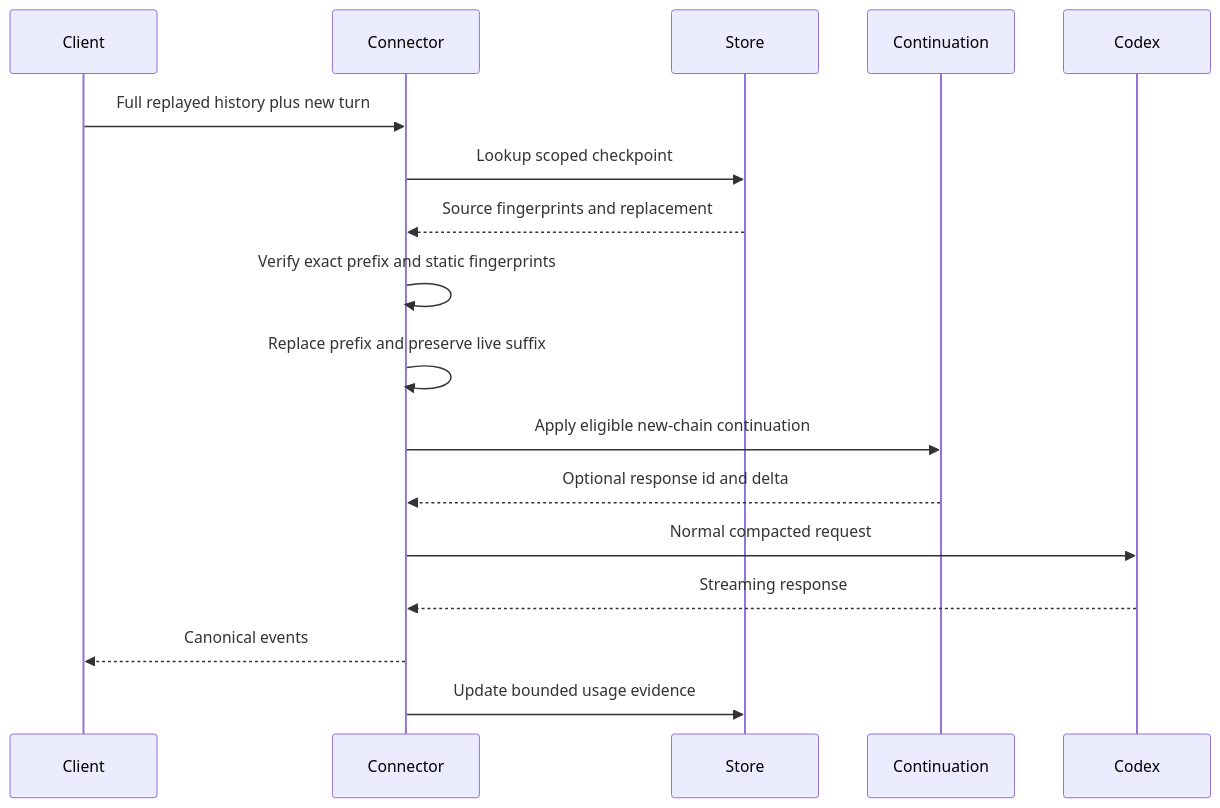
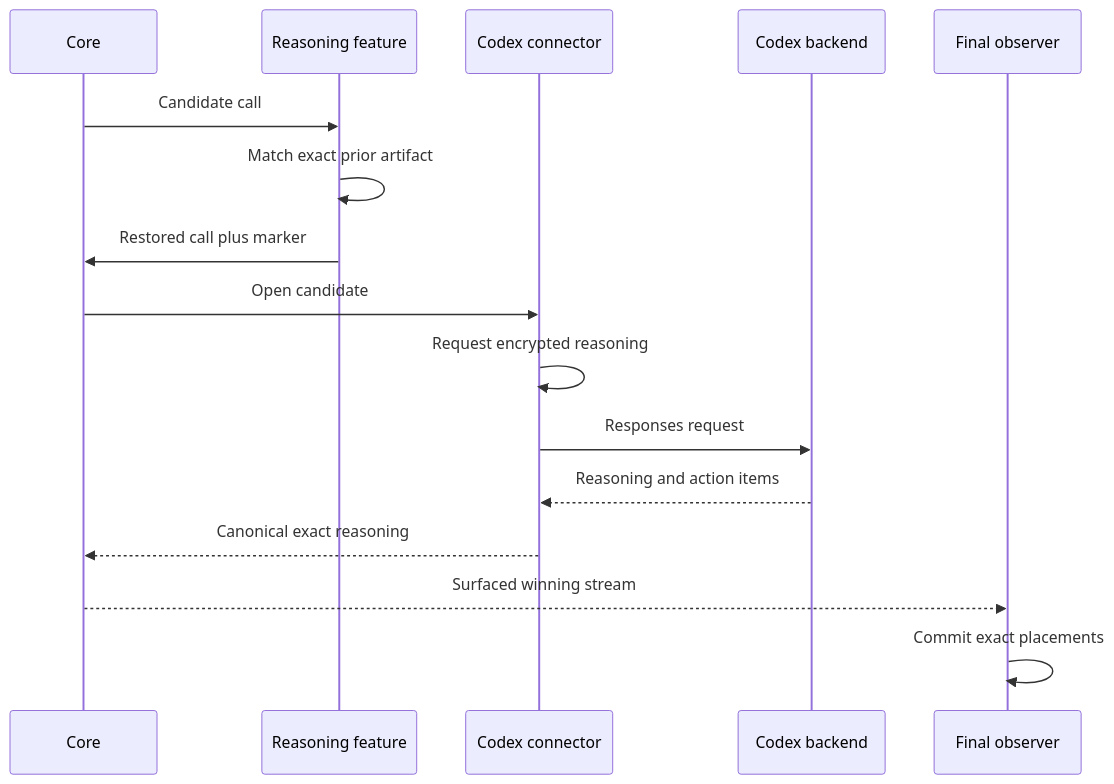
One commit to matdev83/go-llm-interactive-proxy changed the second of 5 diagrams in .kiro/specs/openai-codex-native-compaction/design.md. Above: the diagram before and after it, drawn with Mermaid. The commit also changed other lines of this file, not shown here.

Commit message:
spec: redesign Codex native context continuity

````diff
--- a/.kiro/specs/openai-codex-native-compaction/design.md
+++ b/.kiro/specs/openai-codex-native-compaction/design.md
@@ -570,20 +618,19 @@
 ```mermaid
 sequenceDiagram
-    participant Client
-    participant Connector
-    participant Store
-    participant Continuation
-    participant Codex
+    participant Core
+    participant Restore as Reasoning feature
+    participant Codex as Codex connector
+    participant Upstream as Codex backend
+    participant Observe as Final observer
 
-    Client->>Connector: Full replayed history plus new turn
-    Connector->>Store: Lookup scoped checkpoint
-    Store-->>Connector: Source fingerprints and replacement
-    Connector->>Connector: Verify exact prefix and static fingerprints
-    Connector->>Connector: Replace prefix and preserve live suffix
-    Connector->>Continuation: Apply eligible new-chain continuation
-    Continuation-->>Connector: Optional response id and delta
-    Connector->>Codex: Normal compacted request
-    Codex-->>Connector: Streaming response
-    Connector-->>Client: Canonical events
-    Connector->>Store: Update bounded usage evidence
+    Core->>Restore: Candidate call
+    Restore->>Restore: Match exact prior artifact
+    Restore->>Core: Restored call plus marker
+    Core->>Codex: Open candidate
+    Codex->>Codex: Request encrypted reasoning
+    Codex->>Upstream: Responses request
+    Upstream-->>Codex: Reasoning and action items
+    Codex-->>Core: Canonical exact reasoning
+    Core-->>Observe: Surfaced winning stream
+    Observe->>Observe: Commit exact placements
 ```
````
